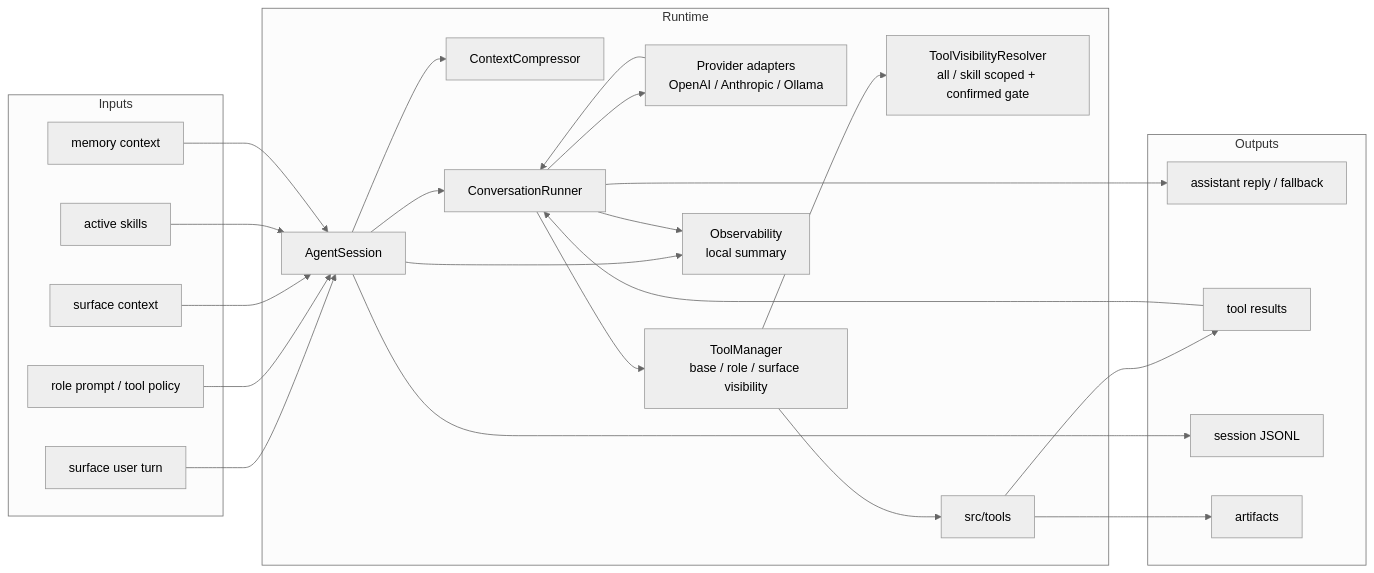
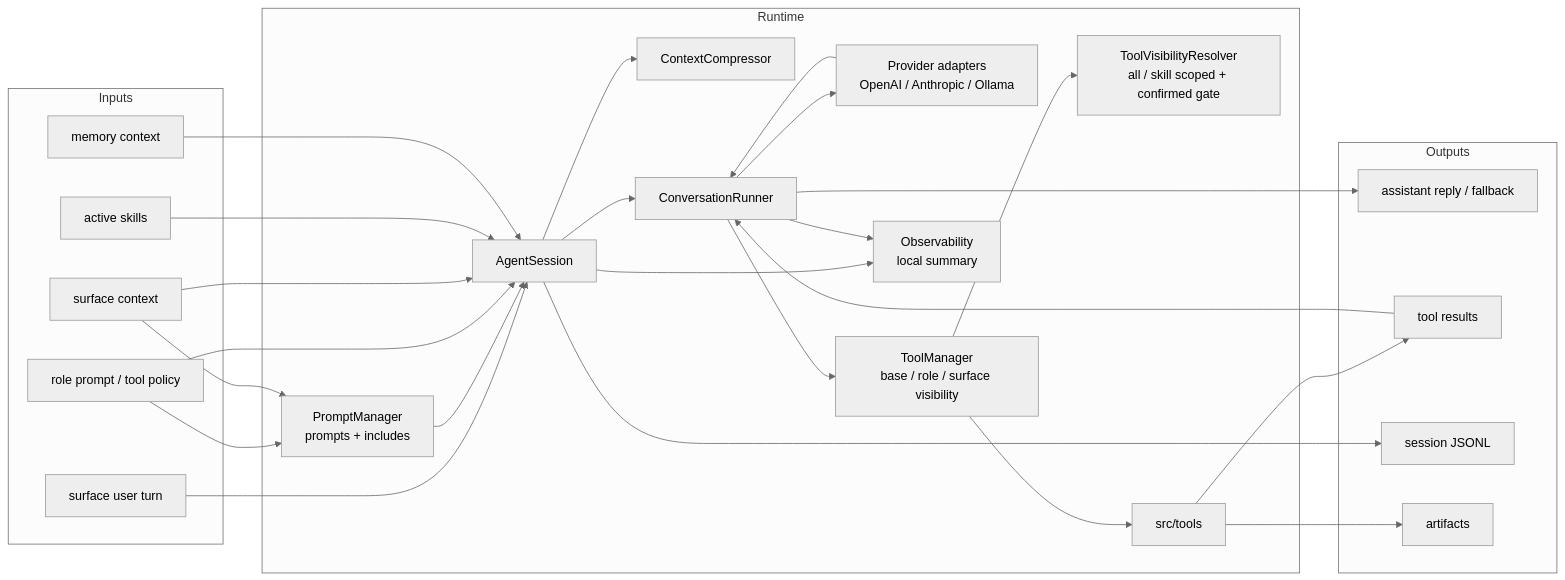
The first of 2 diagrams in docs/agent-runtime/SPEC.md (fightheyyy/XiaoBa-CLI), drawn with Mermaid (neutral theme) before and after one commit. The commit also changed other lines of this file and 271 other files, not shown here.

````diff
--- a/docs/agent-runtime/SPEC.md
+++ b/docs/agent-runtime/SPEC.md
@@ -43,48 +43,52 @@
 ```mermaid
 flowchart LR
     subgraph Inputs["Inputs"]
         SurfaceTurn["surface user turn"]
         RolePolicy["role prompt / tool policy"]
         SurfaceContext["surface context"]
         SkillPolicy["active skills"]
         Memory["memory context"]
     end
 
     subgraph Runtime["Runtime"]
         Session["AgentSession"]
+        PromptManager["PromptManager<br/>prompts + includes"]
         Compressor["ContextCompressor"]
         Runner["ConversationRunner"]
         Provider["Provider adapters<br/>OpenAI / Anthropic / Ollama"]
         ToolManager["ToolManager<br/>base / role / surface visibility"]
         Visibility["ToolVisibilityResolver<br/>all / skill scoped + confirmed gate"]
         Tools["src/tools"]
         Observability["Observability<br/>local summary"]
     end
 
     subgraph Outputs["Outputs"]
         Reply["assistant reply / fallback"]
         ToolResults["tool results"]
         SessionLog["session JSONL"]
         Artifacts["artifacts"]
     end
 
     SurfaceTurn --> Session
+    RolePolicy --> PromptManager
+    SurfaceContext --> PromptManager
+    PromptManager --> Session
     RolePolicy --> Session
     SurfaceContext --> Session
     SkillPolicy --> Session
     Memory --> Session
     Session --> Compressor
     Session --> Runner
     Runner --> Provider
     Provider --> Runner
     Runner --> ToolManager
     ToolManager --> Visibility
     ToolManager --> Tools
     Tools --> ToolResults
     ToolResults --> Runner
     Runner --> Reply
     Session --> SessionLog
     Tools --> Artifacts
     Session --> Observability
     Runner --> Observability
 ```
````
